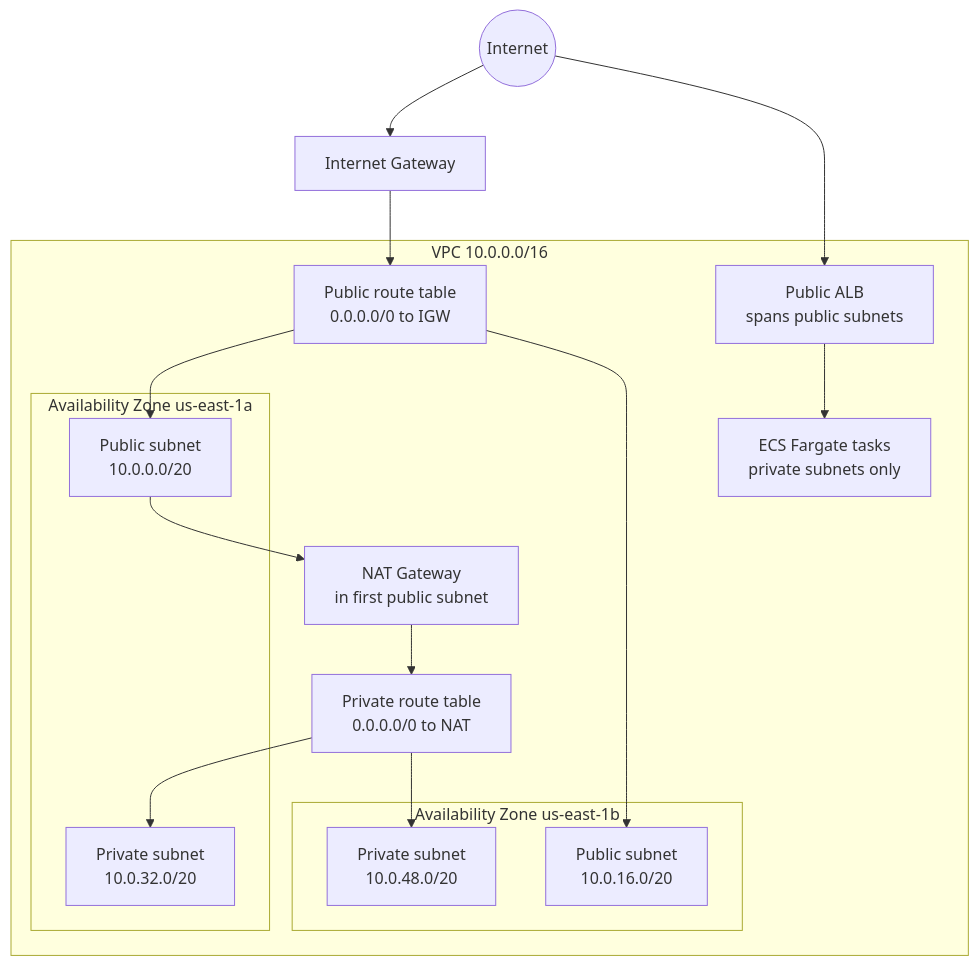
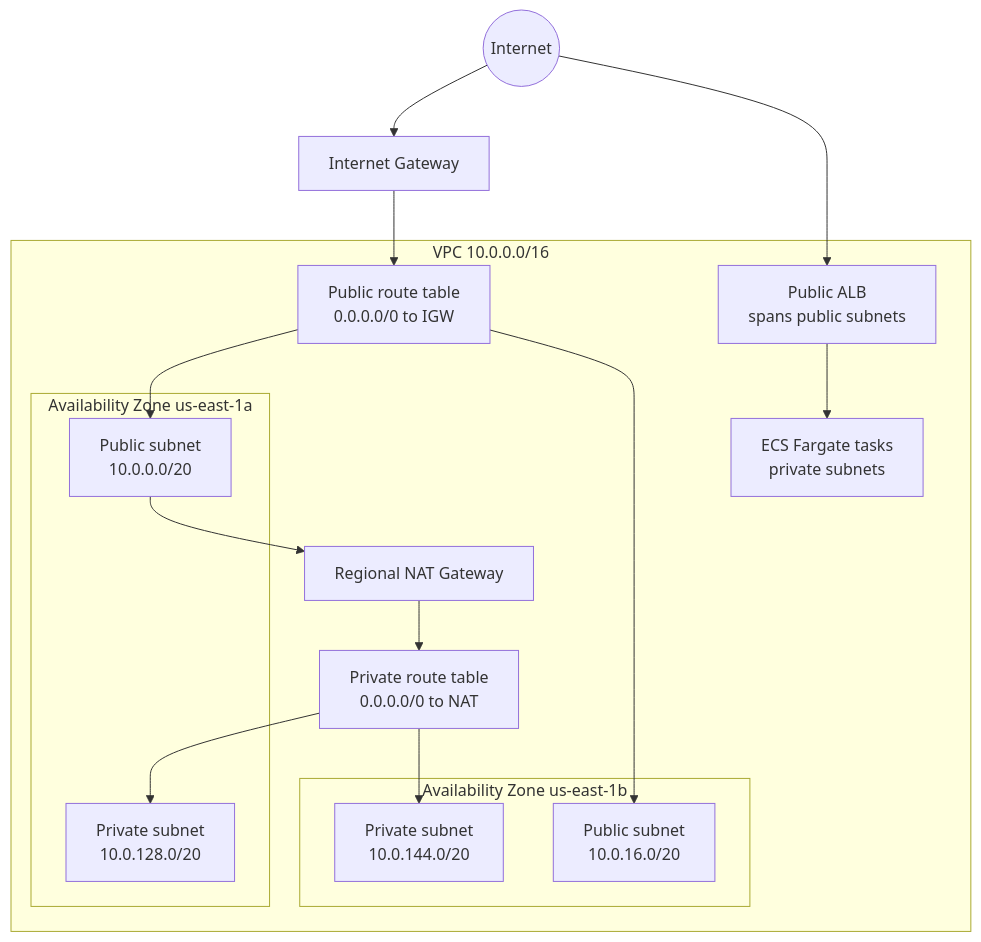
Before and after one commit to danielblakeman10/Container-Build-Platform: the third of 4 diagrams in README.md, drawn with Mermaid. The commit also changed other lines of this file and 9 other files, not shown here.

````diff
--- a/README.md
+++ b/README.md
@@ -125,32 +125,32 @@
 ```mermaid
 flowchart TB
     Internet((Internet)) --> IGW[Internet Gateway]
 
     subgraph VPC["VPC 10.0.0.0/16"]
         subgraph AZA["Availability Zone us-east-1a"]
             PubA[Public subnet<br/>10.0.0.0/20]
-            PrivA[Private subnet<br/>10.0.32.0/20]
+            PrivA[Private subnet<br/>10.0.128.0/20]
         end
 
         subgraph AZB["Availability Zone us-east-1b"]
             PubB[Public subnet<br/>10.0.16.0/20]
-            PrivB[Private subnet<br/>10.0.48.0/20]
+            PrivB[Private subnet<br/>10.0.144.0/20]
         end
 
         PublicRT[Public route table<br/>0.0.0.0/0 to IGW]
         PrivateRT[Private route table<br/>0.0.0.0/0 to NAT]
-        NAT[NAT Gateway<br/>in first public subnet]
+        NAT[Regional NAT Gateway]
         ALB[Public ALB<br/>spans public subnets]
-        ECS[ECS Fargate tasks<br/>private subnets only]
+        ECS[ECS Fargate tasks<br/>private subnets]
     end
 
     IGW --> PublicRT
     PublicRT --> PubA
     PublicRT --> PubB
     PubA --> NAT
     NAT --> PrivateRT
     PrivateRT --> PrivA
     PrivateRT --> PrivB
     Internet --> ALB
     ALB --> ECS
 ```
````
